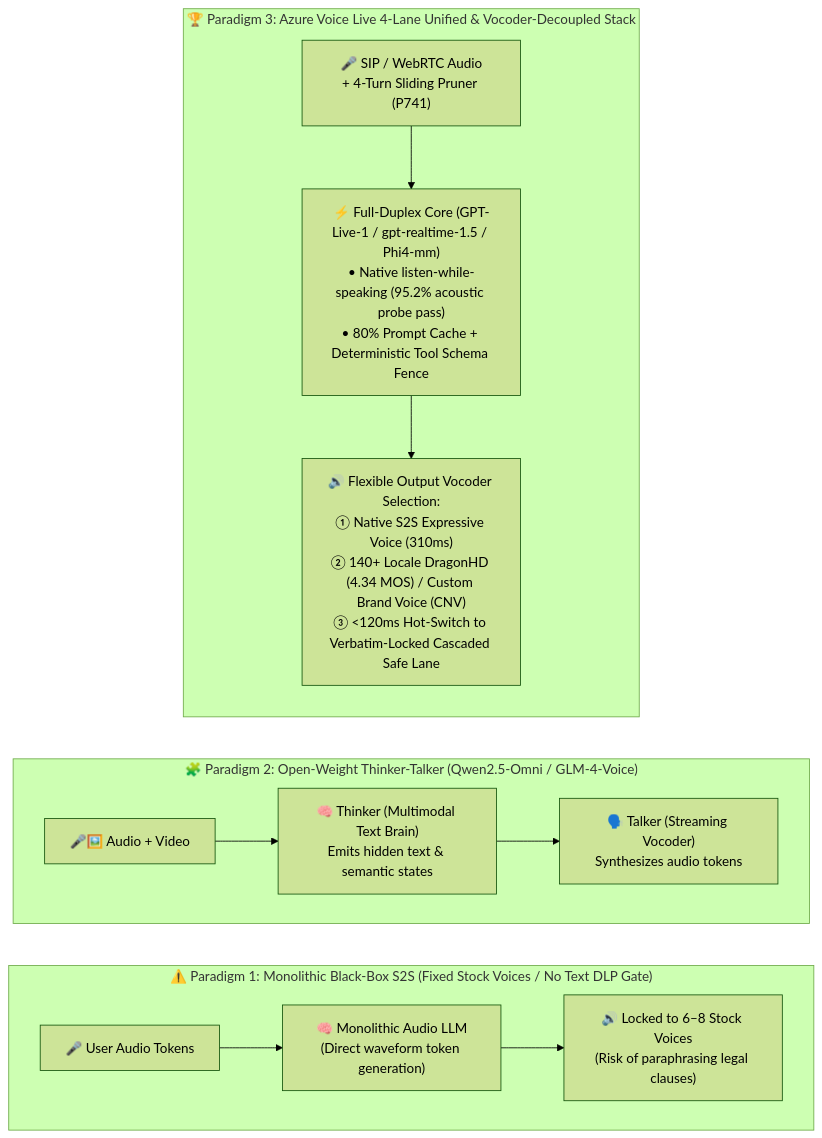
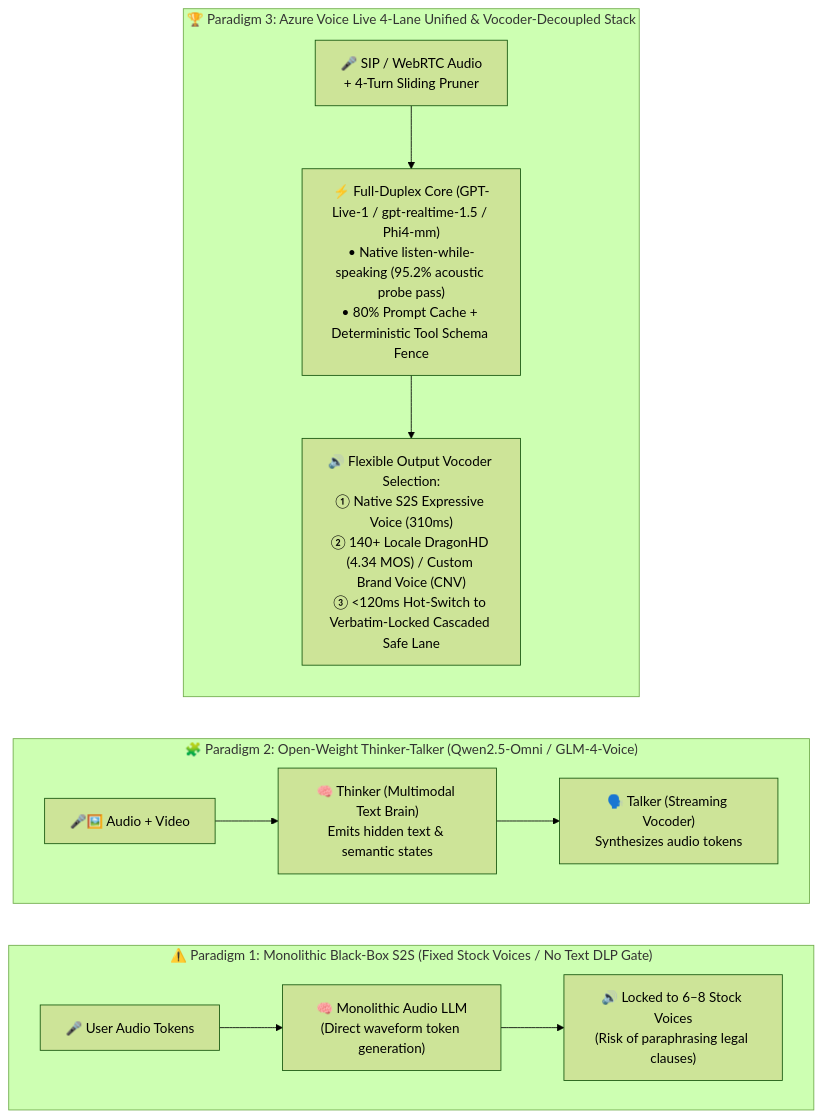
One commit to turbo998/voice-agent-lab changed the second of 3 diagrams in docs/voice-native-s2s-models-gpt-live-realtime-gemini-live-nova-sonic-selection-faq.en.md. Above: the diagram before and after it, drawn with Mermaid (forest theme). The commit also changed other lines of this file and 715 other files, not shown here.

````diff
--- a/docs/voice-native-s2s-models-gpt-live-realtime-gemini-live-nova-sonic-selection-faq.en.md
+++ b/docs/voice-native-s2s-models-gpt-live-realtime-gemini-live-nova-sonic-selection-faq.en.md
@@ -91,20 +91,20 @@
 ```mermaid
 flowchart LR
-    subgraph Type1["⚠️ Paradigm 1: Monolithic Black-Box S2S (Fixed Stock Voices / No Text DLP Gate)"]
-        direction LR
-        T1_In["🎤 User Audio Tokens"] --> T1_Model["🧠 Monolithic Audio LLM<br/>(Direct waveform token generation)"] --> T1_Out["🔊 Locked to 6–8 Stock Voices<br/>(Risk of paraphrasing legal clauses)"]
-    end
+ subgraph Type1["⚠️ Paradigm 1: Monolithic Black-Box S2S (Fixed Stock Voices / No Text DLP Gate)"]
+ direction LR
+ T1_In["🎤 User Audio Tokens"] --> T1_Model["🧠 Monolithic Audio LLM<br/>(Direct waveform token generation)"] --> T1_Out["🔊 Locked to 6–8 Stock Voices<br/>(Risk of paraphrasing legal clauses)"]
+ end
 
-    subgraph Type2["🧩 Paradigm 2: Open-Weight Thinker-Talker (Qwen2.5-Omni / GLM-4-Voice)"]
-        direction LR
-        T2_In["🎤🖼️ Audio + Video"] --> T2_Think["🧠 Thinker (Multimodal Text Brain)<br/>Emits hidden text & semantic states"] --> T2_Talk["🗣️ Talker (Streaming Vocoder)<br/>Synthesizes audio tokens"]
-    end
+ subgraph Type2["🧩 Paradigm 2: Open-Weight Thinker-Talker (Qwen2.5-Omni / GLM-4-Voice)"]
+ direction LR
+ T2_In["🎤🖼️ Audio + Video"] --> T2_Think["🧠 Thinker (Multimodal Text Brain)<br/>Emits hidden text & semantic states"] --> T2_Talk["🗣️ Talker (Streaming Vocoder)<br/>Synthesizes audio tokens"]
+ end
 
-    subgraph Type3["🏆 Paradigm 3: Azure Voice Live 4-Lane Unified & Vocoder-Decoupled Stack"]
-        direction TB
-        T3_In["🎤 SIP / WebRTC Audio<br/>+ 4-Turn Sliding Pruner (P741)"]
-        T3_Brain["⚡ Full-Duplex Core (GPT-Live-1 / gpt-realtime-1.5 / Phi4-mm)<br/>• Native listen-while-speaking (95.2% acoustic probe pass)<br/>• 80% Prompt Cache + Deterministic Tool Schema Fence"]
-        T3_Voice["🔊 Flexible Output Vocoder Selection:<br/>① Native S2S Expressive Voice (310ms)<br/>② 140+ Locale DragonHD (4.34 MOS) / Custom Brand Voice (CNV)<br/>③ <120ms Hot-Switch to Verbatim-Locked Cascaded Safe Lane"]
-        T3_In --> T3_Brain --> T3_Voice
-    end
+ subgraph Type3["🏆 Paradigm 3: Azure Voice Live 4-Lane Unified & Vocoder-Decoupled Stack"]
+ direction TB
+ T3_In["🎤 SIP / WebRTC Audio<br/>+ 4-Turn Sliding Pruner "]
+ T3_Brain["⚡ Full-Duplex Core (GPT-Live-1 / gpt-realtime-1.5 / Phi4-mm)<br/>• Native listen-while-speaking (95.2% acoustic probe pass)<br/>• 80% Prompt Cache + Deterministic Tool Schema Fence"]
+ T3_Voice["🔊 Flexible Output Vocoder Selection:<br/>① Native S2S Expressive Voice (310ms)<br/>② 140+ Locale DragonHD (4.34 MOS) / Custom Brand Voice (CNV)<br/>③ <120ms Hot-Switch to Verbatim-Locked Cascaded Safe Lane"]
+ T3_In --> T3_Brain --> T3_Voice
+ end
 ```
````
